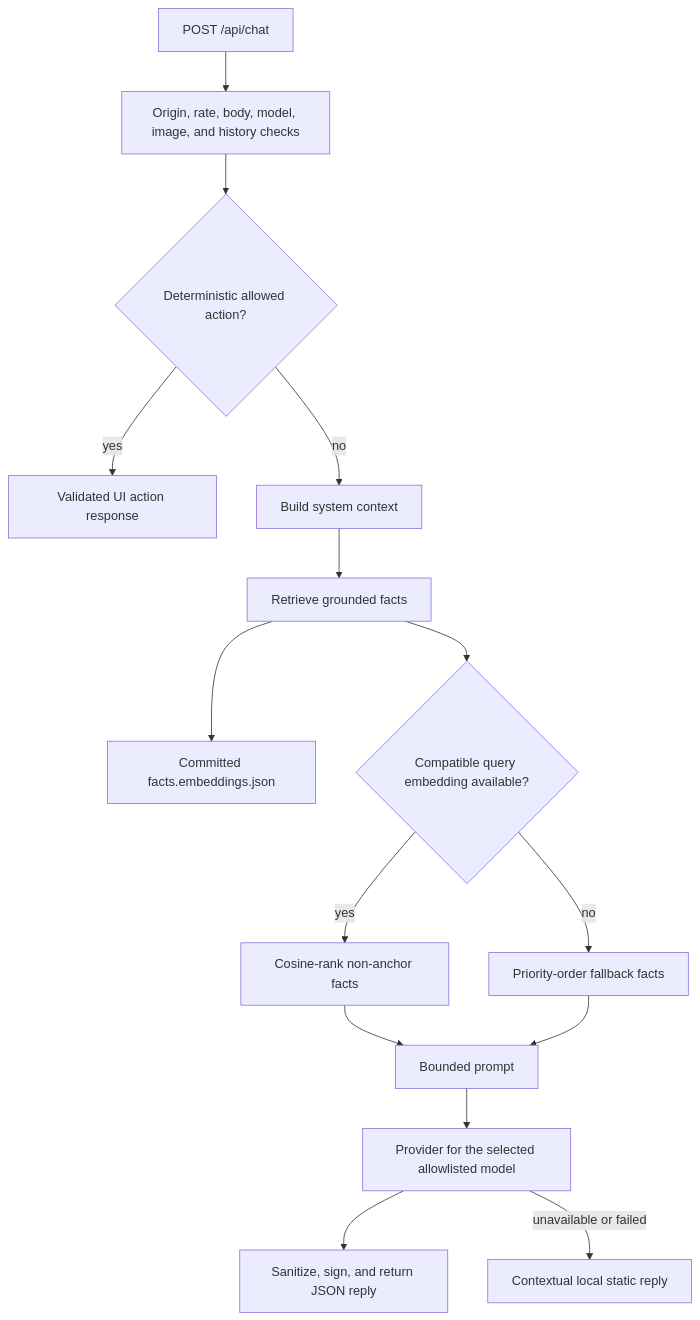
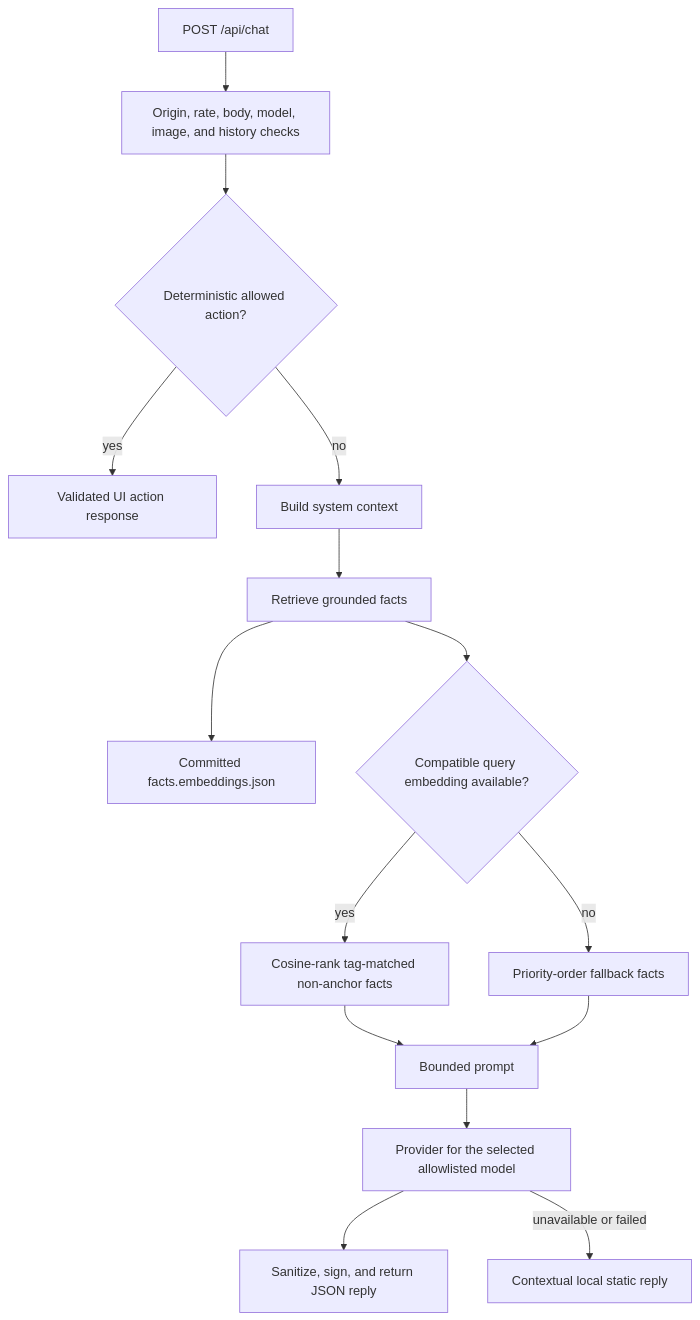
The sixth of 9 diagrams in docs/architecture.md (Dhruv-Mishra/portfolioWebsite), drawn with Mermaid before and after one commit. The commit also changed 19 other files, not shown here.

````diff
--- a/docs/architecture.md
+++ b/docs/architecture.md
@@ -138,17 +138,17 @@
 ```mermaid
 flowchart TD
   Request[POST /api/chat] --> Guard[Origin, rate, body, model, image, and history checks]
   Guard --> Intent{Deterministic allowed action?}
   Intent -->|yes| Action[Validated UI action response]
   Intent -->|no| Context[Build system context]
   Context --> Retrieval[Retrieve grounded facts]
   Retrieval --> Bundle[Committed facts.embeddings.json]
   Retrieval --> Embed{Compatible query embedding available?}
-  Embed -->|yes| Rank[Cosine-rank non-anchor facts]
+  Embed -->|yes| Rank[Cosine-rank tag-matched non-anchor facts]
   Embed -->|no| Priority[Priority-order fallback facts]
   Rank --> Prompt[Bounded prompt]
   Priority --> Prompt
   Prompt --> Provider[Provider for the selected allowlisted model]
   Provider --> Reply[Sanitize, sign, and return JSON reply]
   Provider -->|unavailable or failed| LocalFallback[Contextual local static reply]
 ```
````
